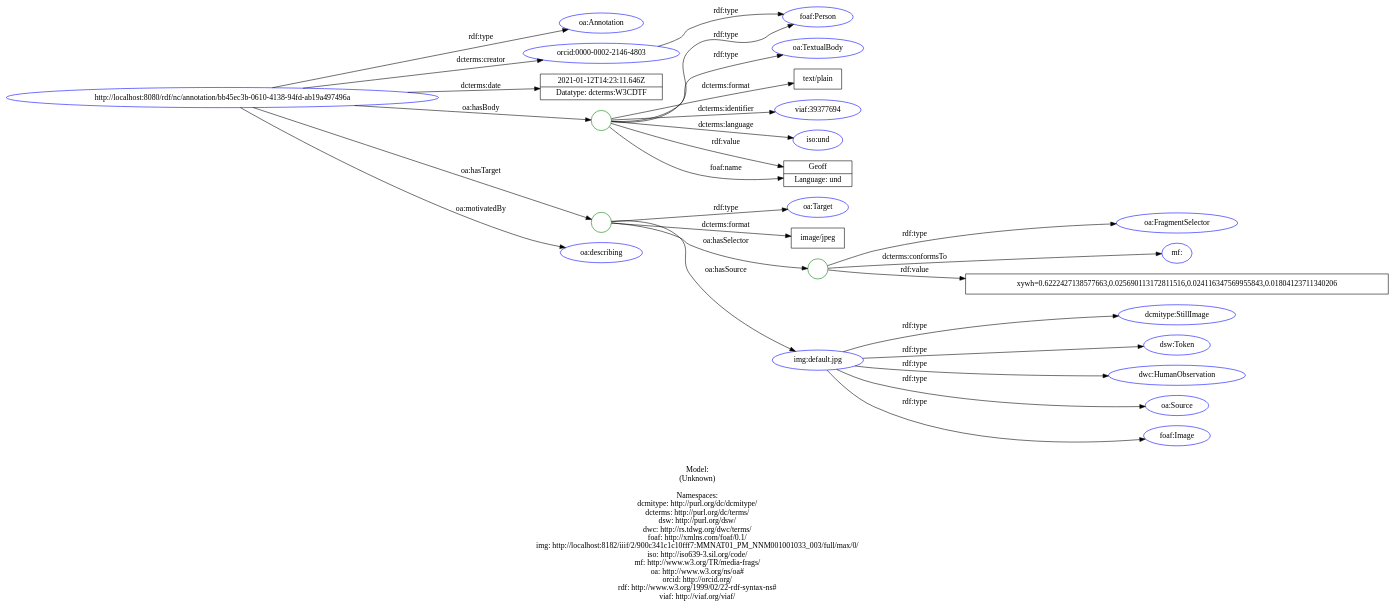
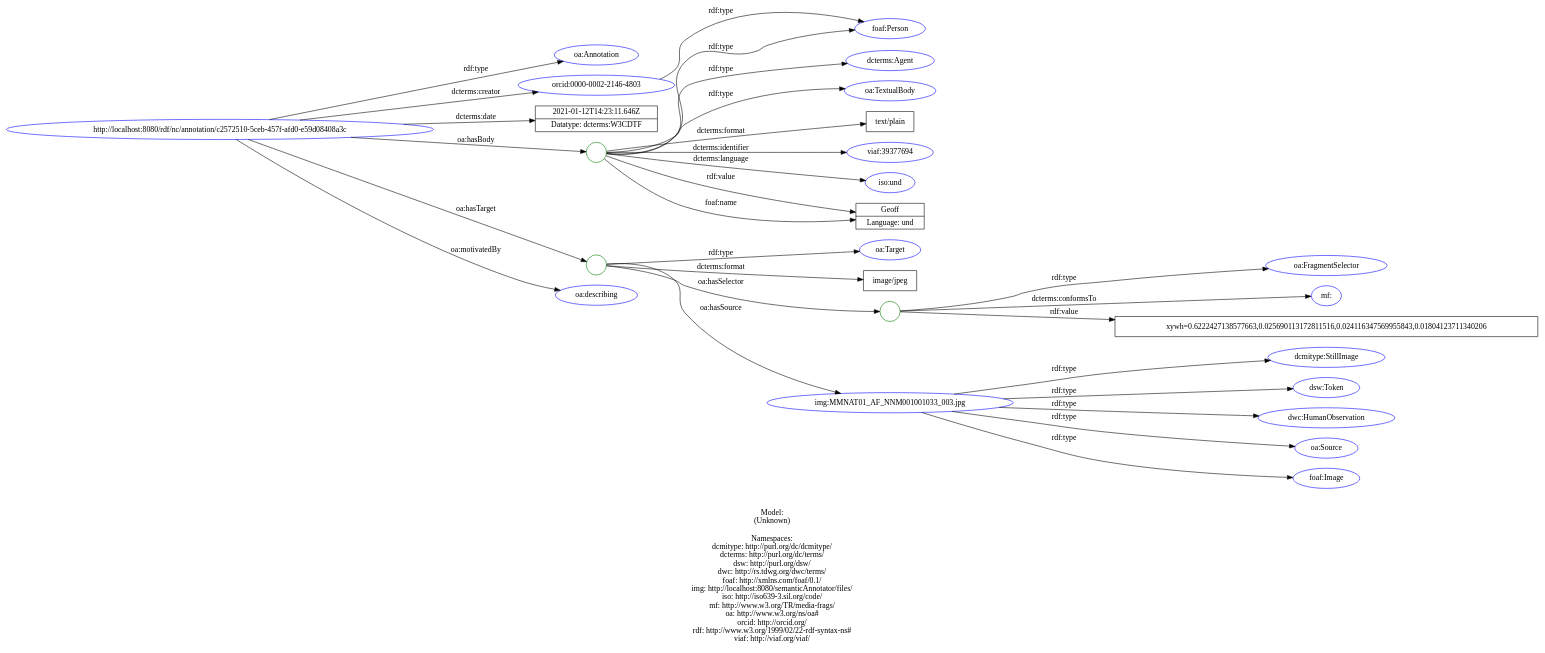
Before and after one commit to lisestork/SFB-Annotator: the diagram in doc/models/example_2_1.dot, drawn with Graphviz. The commit also changed 12 other files, not shown here.

Commit message:
Update data models: example_{2,3,7}_1 #81. - remove some unnecessary variables in AnnotationServlet.java - add DC classes: dcterms:Agent, dcmitype:Location, dcmitype:Event

```diff
--- a/doc/models/example_2_1.dot
+++ b/doc/models/example_2_1.dot
@@ -1,64 +1,66 @@
 digraph {
 	rankdir = LR;
 	charset="utf-8";
 
-	"Rhttp://localhost:8080/rdf/nc/annotation/bb45ec3b-0610-4138-94fd-ab19a497496a" -> "Roa:Annotation" [ label="rdf:type" ];
-	"Rhttp://localhost:8080/rdf/nc/annotation/bb45ec3b-0610-4138-94fd-ab19a497496a" -> "Rorcid:0000-0002-2146-4803" [ label="dcterms:creator" ];
-	"Rhttp://localhost:8080/rdf/nc/annotation/bb45ec3b-0610-4138-94fd-ab19a497496a" -> "L2021-01-12T14:23:11.646Z|Datatype: dcterms:W3CDTF" [ label="dcterms:date" ];
-	"Rhttp://localhost:8080/rdf/nc/annotation/bb45ec3b-0610-4138-94fd-ab19a497496a" -> "B_:node1f0gq2gelx50" [ label="oa:hasBody" ];
-	"B_:node1f0gq2gelx50" -> "Roa:TextualBody" [ label="rdf:type" ];
-	"B_:node1f0gq2gelx50" -> "Rfoaf:Person" [ label="rdf:type" ];
-	"B_:node1f0gq2gelx50" -> "Ltext/plain" [ label="dcterms:format" ];
-	"B_:node1f0gq2gelx50" -> "Rviaf:39377694" [ label="dcterms:identifier" ];
-	"B_:node1f0gq2gelx50" -> "Riso:und" [ label="dcterms:language" ];
-	"B_:node1f0gq2gelx50" -> "LGeoff|Language: und" [ label="rdf:value" ];
-	"B_:node1f0gq2gelx50" -> "LGeoff|Language: und" [ label="foaf:name" ];
-	"Rhttp://localhost:8080/rdf/nc/annotation/bb45ec3b-0610-4138-94fd-ab19a497496a" -> "B_:node1f0gq2gelx49" [ label="oa:hasTarget" ];
-	"B_:node1f0gq2gelx49" -> "Roa:Target" [ label="rdf:type" ];
-	"B_:node1f0gq2gelx49" -> "Limage/jpeg" [ label="dcterms:format" ];
-	"B_:node1f0gq2gelx49" -> "B_:node1f0gq2gelx52" [ label="oa:hasSelector" ];
-	"B_:node1f0gq2gelx52" -> "Roa:FragmentSelector" [ label="rdf:type" ];
-	"B_:node1f0gq2gelx52" -> "Rmf:" [ label="dcterms:conformsTo" ];
-	"B_:node1f0gq2gelx52" -> "Lxywh=0.6222427138577663,0.025690113172811516,0.024116347569955843,0.01804123711340206" [ label="rdf:value" ];
-	"B_:node1f0gq2gelx49" -> "Rimg:default.jpg" [ label="oa:hasSource" ];
-	"Rhttp://localhost:8080/rdf/nc/annotation/bb45ec3b-0610-4138-94fd-ab19a497496a" -> "Roa:describing" [ label="oa:motivatedBy" ];
+	"Rhttp://localhost:8080/rdf/nc/annotation/c2572510-5ceb-457f-afd0-e59d08408a3c" -> "Roa:Annotation" [ label="rdf:type" ];
+	"Rhttp://localhost:8080/rdf/nc/annotation/c2572510-5ceb-457f-afd0-e59d08408a3c" -> "Rorcid:0000-0002-2146-4803" [ label="dcterms:creator" ];
+	"Rhttp://localhost:8080/rdf/nc/annotation/c2572510-5ceb-457f-afd0-e59d08408a3c" -> "L2021-01-12T14:23:11.646Z|Datatype: dcterms:W3CDTF" [ label="dcterms:date" ];
+	"Rhttp://localhost:8080/rdf/nc/annotation/c2572510-5ceb-457f-afd0-e59d08408a3c" -> "B_:node1f26ai8ibx7" [ label="oa:hasBody" ];
+	"B_:node1f26ai8ibx7" -> "Rdcterms:Agent" [ label="rdf:type" ];
+	"B_:node1f26ai8ibx7" -> "Roa:TextualBody" [ label="rdf:type" ];
+	"B_:node1f26ai8ibx7" -> "Rfoaf:Person" [ label="rdf:type" ];
+	"B_:node1f26ai8ibx7" -> "Ltext/plain" [ label="dcterms:format" ];
+	"B_:node1f26ai8ibx7" -> "Rviaf:39377694" [ label="dcterms:identifier" ];
+	"B_:node1f26ai8ibx7" -> "Riso:und" [ label="dcterms:language" ];
+	"B_:node1f26ai8ibx7" -> "LGeoff|Language: und" [ label="rdf:value" ];
+	"B_:node1f26ai8ibx7" -> "LGeoff|Language: und" [ label="foaf:name" ];
+	"Rhttp://localhost:8080/rdf/nc/annotation/c2572510-5ceb-457f-afd0-e59d08408a3c" -> "B_:node1f26ai8ibx6" [ label="oa:hasTarget" ];
+	"B_:node1f26ai8ibx6" -> "Roa:Target" [ label="rdf:type" ];
+	"B_:node1f26ai8ibx6" -> "Limage/jpeg" [ label="dcterms:format" ];
+	"B_:node1f26ai8ibx6" -> "B_:node1f26ai8ibx9" [ label="oa:hasSelector" ];
+	"B_:node1f26ai8ibx9" -> "Roa:FragmentSelector" [ label="rdf:type" ];
+	"B_:node1f26ai8ibx9" -> "Rmf:" [ label="dcterms:conformsTo" ];
+	"B_:node1f26ai8ibx9" -> "Lxywh=0.6222427138577663,0.025690113172811516,0.024116347569955843,0.01804123711340206" [ label="rdf:value" ];
+	"B_:node1f26ai8ibx6" -> "Rimg:MMNAT01_AF_NNM001001033_003.jpg" [ label="oa:hasSource" ];
+	"Rhttp://localhost:8080/rdf/nc/annotation/c2572510-5ceb-457f-afd0-e59d08408a3c" -> "Roa:describing" [ label="oa:motivatedBy" ];
 	"Rorcid:0000-0002-2146-4803" -> "Rfoaf:Person" [ label="rdf:type" ];
-	"Rimg:default.jpg" -> "Rdcmitype:StillImage" [ label="rdf:type" ];
-	"Rimg:default.jpg" -> "Rdsw:Token" [ label="rdf:type" ];
-	"Rimg:default.jpg" -> "Rdwc:HumanObservation" [ label="rdf:type" ];
-	"Rimg:default.jpg" -> "Roa:Source" [ label="rdf:type" ];
-	"Rimg:default.jpg" -> "Rfoaf:Image" [ label="rdf:type" ];
+	"Rimg:MMNAT01_AF_NNM001001033_003.jpg" -> "Rdcmitype:StillImage" [ label="rdf:type" ];
+	"Rimg:MMNAT01_AF_NNM001001033_003.jpg" -> "Rdsw:Token" [ label="rdf:type" ];
+	"Rimg:MMNAT01_AF_NNM001001033_003.jpg" -> "Rdwc:HumanObservation" [ label="rdf:type" ];
+	"Rimg:MMNAT01_AF_NNM001001033_003.jpg" -> "Roa:Source" [ label="rdf:type" ];
+	"Rimg:MMNAT01_AF_NNM001001033_003.jpg" -> "Rfoaf:Image" [ label="rdf:type" ];
 
 	// Resources
-	"Rhttp://localhost:8080/rdf/nc/annotation/bb45ec3b-0610-4138-94fd-ab19a497496a" [ label="http://localhost:8080/rdf/nc/annotation/bb45ec3b-0610-4138-94fd-ab19a497496a", shape = ellipse, color = blue ];
+	"Rhttp://localhost:8080/rdf/nc/annotation/c2572510-5ceb-457f-afd0-e59d08408a3c" [ label="http://localhost:8080/rdf/nc/annotation/c2572510-5ceb-457f-afd0-e59d08408a3c", shape = ellipse, color = blue ];
 	"Roa:Annotation" [ label="oa:Annotation", shape = ellipse, color = blue ];
 	"Rorcid:0000-0002-2146-4803" [ label="orcid:0000-0002-2146-4803", shape = ellipse, color = blue ];
+	"Rdcterms:Agent" [ label="dcterms:Agent", shape = ellipse, color = blue ];
 	"Roa:TextualBody" [ label="oa:TextualBody", shape = ellipse, color = blue ];
 	"Rfoaf:Person" [ label="foaf:Person", shape = ellipse, color = blue ];
 	"Rviaf:39377694" [ label="viaf:39377694", shape = ellipse, color = blue ];
 	"Riso:und" [ label="iso:und", shape = ellipse, color = blue ];
 	"Roa:Target" [ label="oa:Target", shape = ellipse, color = blue ];
 	"Roa:FragmentSelector" [ label="oa:FragmentSelector", shape = ellipse, color = blue ];
 	"Rmf:" [ label="mf:", shape = ellipse, color = blue ];
-	"Rimg:default.jpg" [ label="img:default.jpg", shape = ellipse, color = blue ];
+	"Rimg:MMNAT01_AF_NNM001001033_003.jpg" [ label="img:MMNAT01_AF_NNM001001033_003.jpg", shape = ellipse, color = blue ];
 	"Roa:describing" [ label="oa:describing", shape = ellipse, color = blue ];
 	"Rdcmitype:StillImage" [ label="dcmitype:StillImage", shape = ellipse, color = blue ];
 	"Rdsw:Token" [ label="dsw:Token", shape = ellipse, color = blue ];
 	"Rdwc:HumanObservation" [ label="dwc:HumanObservation", shape = ellipse, color = blue ];
 	"Roa:Source" [ label="oa:Source", shape = ellipse, color = blue ];
 	"Rfoaf:Image" [ label="foaf:Image", shape = ellipse, color = blue ];
 
 	// Anonymous nodes
-	"B_:node1f0gq2gelx50" [ label="", shape = circle, color = green ];
-	"B_:node1f0gq2gelx49" [ label="", shape = circle, color = green ];
-	"B_:node1f0gq2gelx52" [ label="", shape = circle, color = green ];
+	"B_:node1f26ai8ibx7" [ label="", shape = circle, color = green ];
+	"B_:node1f26ai8ibx6" [ label="", shape = circle, color = green ];
+	"B_:node1f26ai8ibx9" [ label="", shape = circle, color = green ];
 
 	// Literals
 	"L2021-01-12T14:23:11.646Z|Datatype: dcterms:W3CDTF" [ label="2021-01-12T14:23:11.646Z|Datatype: dcterms:W3CDTF", shape = record ];
 	"Ltext/plain" [ label="text/plain", shape = record ];
 	"LGeoff|Language: und" [ label="Geoff|Language: und", shape = record ];
 	"Limage/jpeg" [ label="image/jpeg", shape = record ];
 	"Lxywh=0.6222427138577663,0.025690113172811516,0.024116347569955843,0.01804123711340206" [ label="xywh=0.6222427138577663,0.025690113172811516,0.024116347569955843,0.01804123711340206", shape = record ];
 
-	label="\n\nModel:\n(Unknown)\n\nNamespaces:\ndcmitype: http://purl.org/dc/dcmitype/\ndcterms: http://purl.org/dc/terms/\ndsw: http://purl.org/dsw/\ndwc: http://rs.tdwg.org/dwc/terms/\nfoaf: http://xmlns.com/foaf/0.1/\nimg: http://localhost:8182/iiif/2/900c341c1c10fff7:MMNAT01_PM_NNM001001033_003/full/max/0/\niso: http://iso639-3.sil.org/code/\nmf: http://www.w3.org/TR/media-frags/\noa: http://www.w3.org/ns/oa#\norcid: http://orcid.org/\nrdf: http://www.w3.org/1999/02/22-rdf-syntax-ns#\nviaf: http://viaf.org/viaf/\n";
+	label="\n\nModel:\n(Unknown)\n\nNamespaces:\ndcmitype: http://purl.org/dc/dcmitype/\ndcterms: http://purl.org/dc/terms/\ndsw: http://purl.org/dsw/\ndwc: http://rs.tdwg.org/dwc/terms/\nfoaf: http://xmlns.com/foaf/0.1/\nimg: http://localhost:8080/semanticAnnotator/files/\niso: http://iso639-3.sil.org/code/\nmf: http://www.w3.org/TR/media-frags/\noa: http://www.w3.org/ns/oa#\norcid: http://orcid.org/\nrdf: http://www.w3.org/1999/02/22-rdf-syntax-ns#\nviaf: http://viaf.org/viaf/\n";
 }
```
